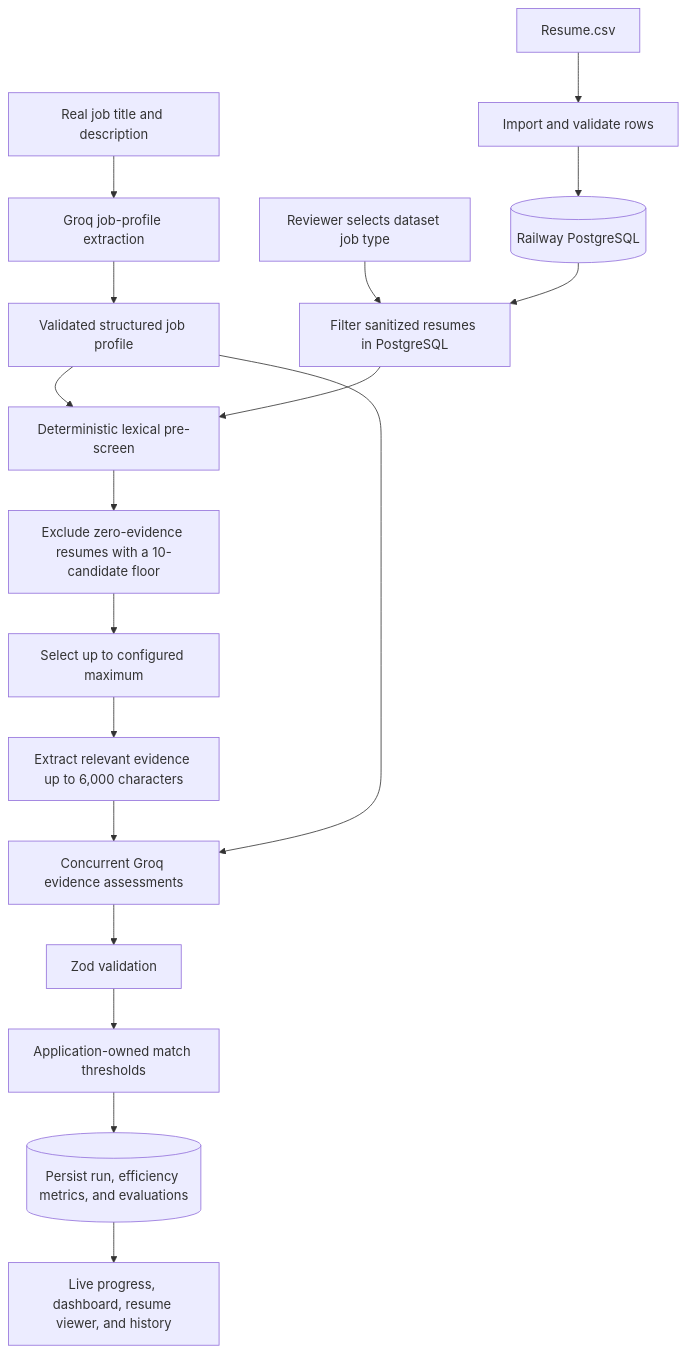
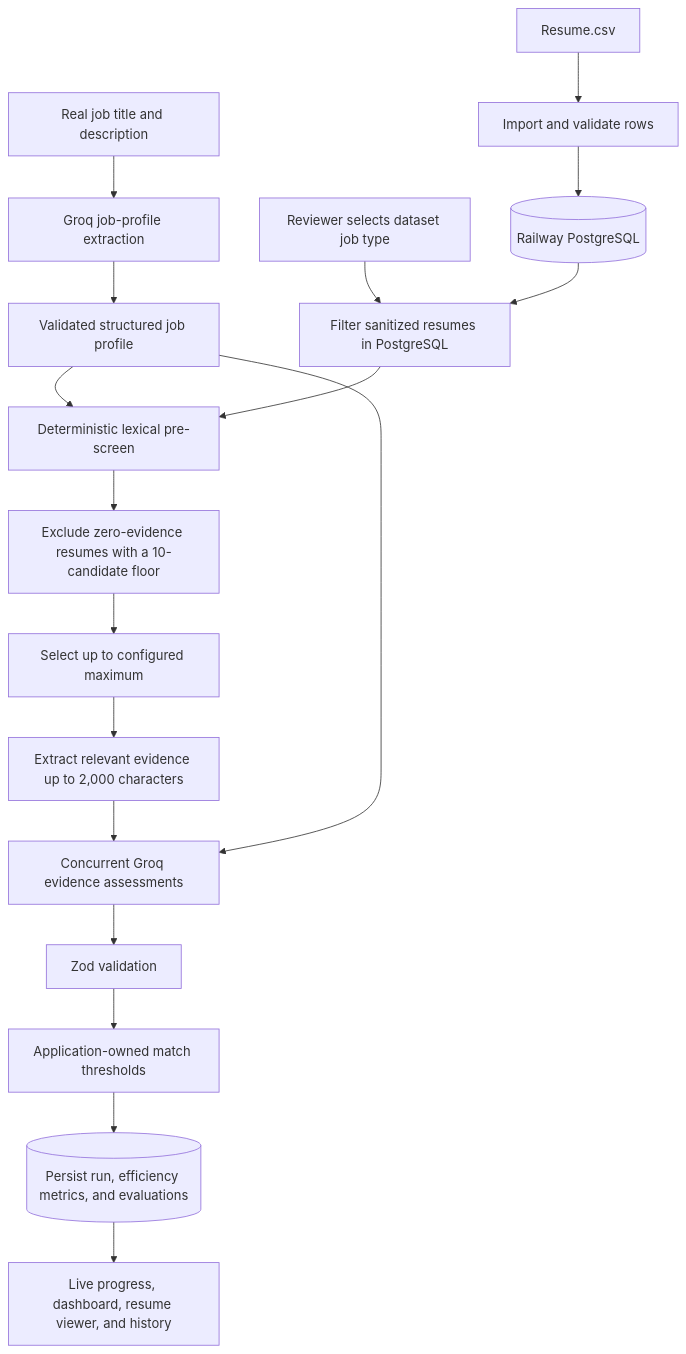
One commit to bbi3mn4u69/resume-screening changed the first of 3 diagrams in README.md. Above: the diagram before and after it, drawn with Mermaid. The commit also changed other lines of this file and 12 other files, not shown here.

````diff
--- a/README.md
+++ b/README.md
@@ -129,20 +129,20 @@
 ```mermaid
 flowchart TD
     A[Resume.csv] --> B[Import and validate rows]
     B --> C[(Railway PostgreSQL)]
     D[Real job title and description] --> E[Groq job-profile extraction]
     E --> F[Validated structured job profile]
     Q[Reviewer selects dataset job type] --> G[Filter sanitized resumes in PostgreSQL]
     C --> G
     F --> H[Deterministic lexical pre-screen]
     G --> H
     H --> I[Exclude zero-evidence resumes with a 10-candidate floor]
     I --> J[Select up to configured maximum]
-    J --> K[Extract relevant evidence up to 6,000 characters]
+    J --> K[Extract relevant evidence up to 2,000 characters]
     K --> L[Concurrent Groq evidence assessments]
     F --> L
     L --> M[Zod validation]
     M --> N[Application-owned match thresholds]
     N --> O[(Persist run, efficiency metrics, and evaluations)]
     O --> P[Live progress, dashboard, resume viewer, and history]
 ```
````
